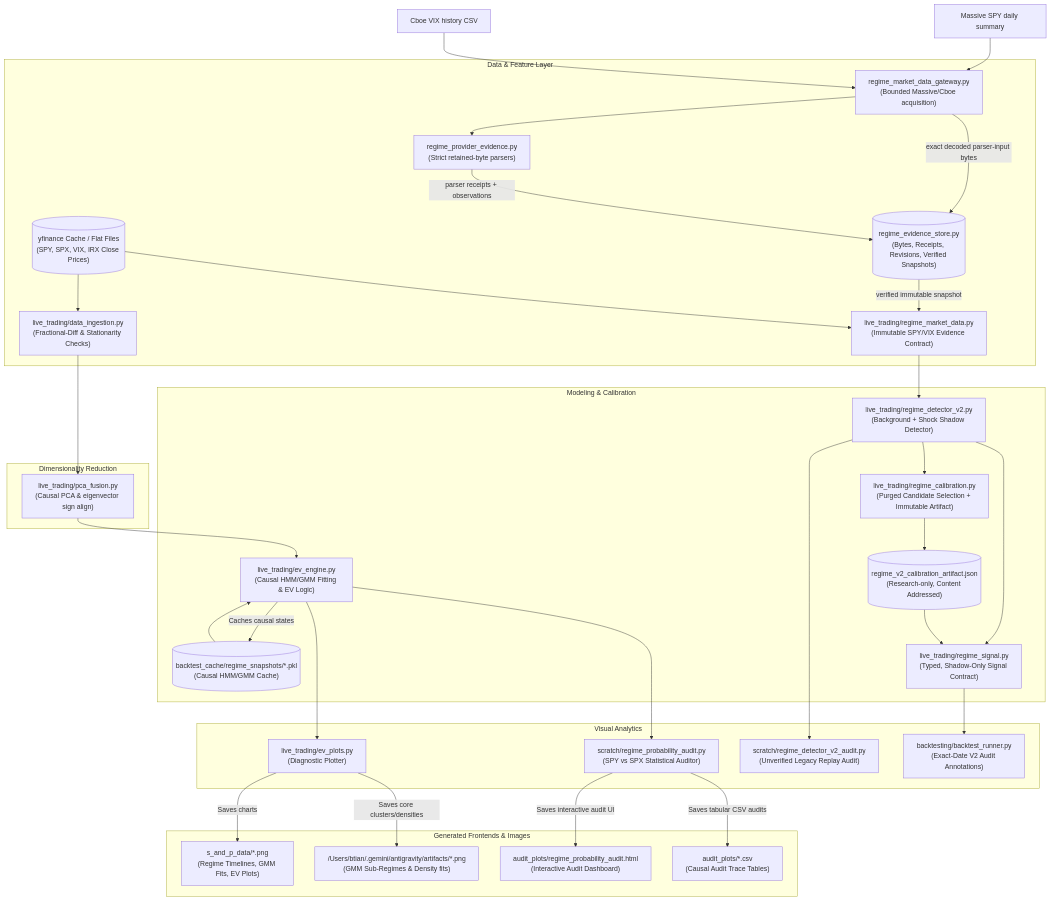
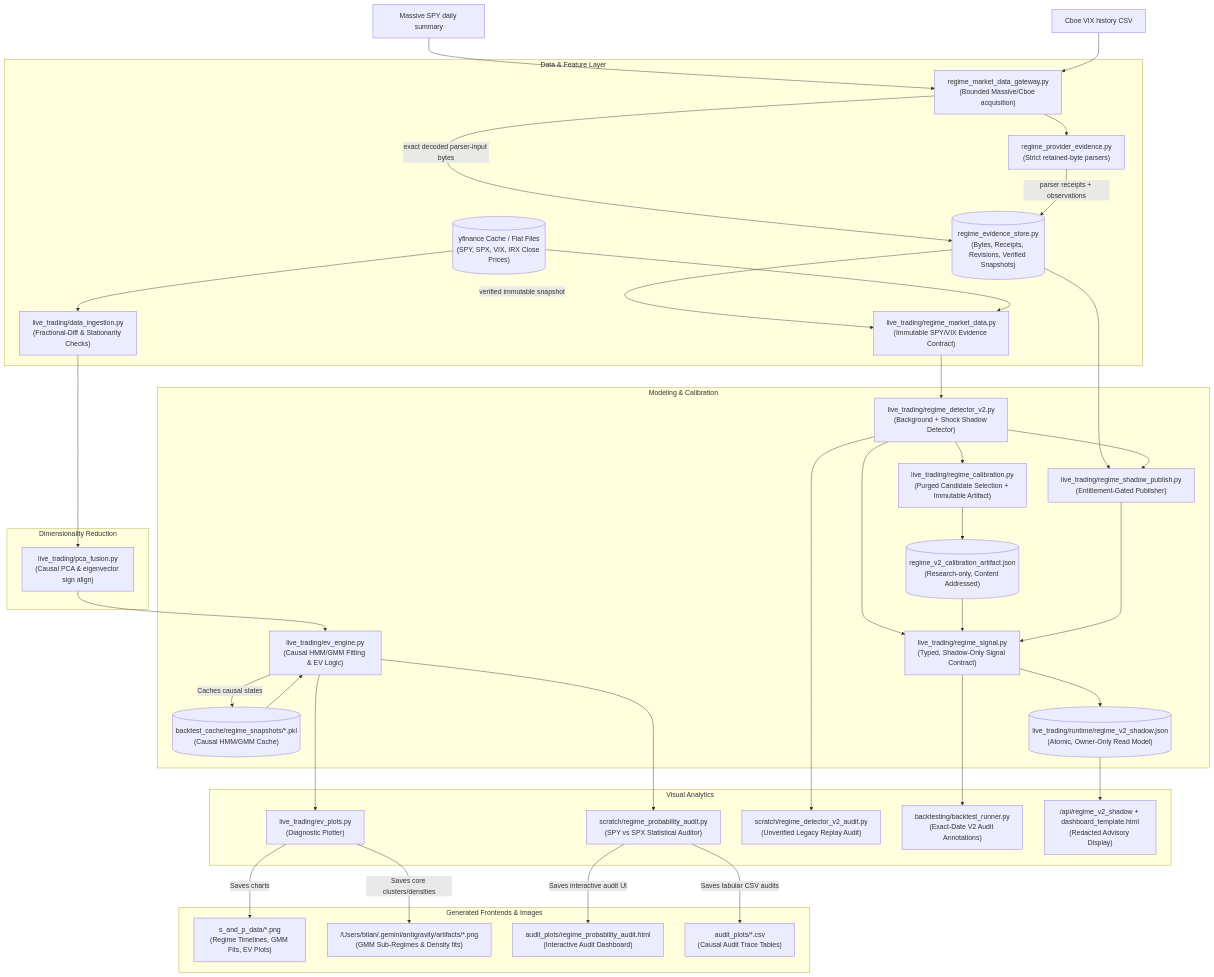
One commit to tbt316/etrade_quant_trading changed the second of 2 diagrams in etrade_python_client/docs/project_overview.md. Above: the diagram before and after it, drawn with Mermaid. The commit also changed other lines of this file and 12 other files, not shown here.

Commit message:
Publish isolated Regime V2 shadow dashboard

````diff
--- a/etrade_python_client/docs/project_overview.md
+++ b/etrade_python_client/docs/project_overview.md
@@ -57,64 +57,72 @@
 ```mermaid
 flowchart TD
     subgraph Data & Feature Layer
         DI["live_trading/data_ingestion.py<br/>(Fractional-Diff & Stationarity Checks)"]
         YF[("yfinance Cache / Flat Files<br/>(SPY, SPX, VIX, IRX Close Prices)")]
         MPG["regime_market_data_gateway.py<br/>(Bounded Massive/Cboe acquisition)"]
         RPE["regime_provider_evidence.py<br/>(Strict retained-byte parsers)"]
         RMD["live_trading/regime_market_data.py<br/>(Immutable SPY/VIX Evidence Contract)"]
         RES[("regime_evidence_store.py<br/>(Bytes, Receipts, Revisions, Verified Snapshots)")]
     end
 
     subgraph Dimensionality Reduction
         PF["live_trading/pca_fusion.py<br/>(Causal PCA & eigenvector sign align)"]
     end
 
     subgraph Modeling & Calibration
         EE["live_trading/ev_engine.py<br/>(Causal HMM/GMM Fitting & EV Logic)"]
         Snap[("backtest_cache/regime_snapshots/*.pkl<br/>(Causal HMM/GMM Cache)")]
         RD2["live_trading/regime_detector_v2.py<br/>(Background + Shock Shadow Detector)"]
         RCAL["live_trading/regime_calibration.py<br/>(Purged Candidate Selection + Immutable Artifact)"]
         RSIG["live_trading/regime_signal.py<br/>(Typed, Shadow-Only Signal Contract)"]
+        RSP["live_trading/regime_shadow_publish.py<br/>(Entitlement-Gated Publisher)"]
+        RSS[("live_trading/runtime/regime_v2_shadow.json<br/>(Atomic, Owner-Only Read Model)")]
         RART[("regime_v2_calibration_artifact.json<br/>(Research-only, Content Addressed)")]
     end
 
     subgraph Visual Analytics
         EP["live_trading/ev_plots.py<br/>(Diagnostic Plotter)"]
         RPA["scratch/regime_probability_audit.py<br/>(SPY vs SPX Statistical Auditor)"]
         RVA["scratch/regime_detector_v2_audit.py<br/>(Unverified Legacy Replay Audit)"]
         BANN["backtesting/backtest_runner.py<br/>(Exact-Date V2 Audit Annotations)"]
+        VDASH["/api/regime_v2_shadow + dashboard_template.html<br/>(Redacted Advisory Display)"]
     end
 
     subgraph Generated Frontends & Images
         PNGS["s_and_p_data/*.png<br/>(Regime Timelines, GMM Fits, EV Plots)"]
         ARTS["/Users/btian/.gemini/antigravity/artifacts/*.png<br/>(GMM Sub-Regimes & Density fits)"]
         AUD["audit_plots/regime_probability_audit.html<br/>(Interactive Audit Dashboard)"]
         CSVS["audit_plots/*.csv<br/>(Causal Audit Trace Tables)"]
     end
 
     Massive["Massive SPY daily summary"] --> MPG
     Cboe["Cboe VIX history CSV"] --> MPG
     MPG -->|"exact decoded parser-input bytes"| RES
     MPG --> RPE
     RPE -->|"parser receipts + observations"| RES
     RES -->|"verified immutable snapshot"| RMD
     YF --> DI
     YF --> RMD
     RMD --> RD2
     RD2 --> RCAL
     RCAL --> RART
     RD2 --> RSIG
     RART --> RSIG
     RSIG --> BANN
+    RES --> RSP
+    RD2 --> RSP
+    RSP --> RSIG
+    RSIG --> RSS
+    RSS --> VDASH
     RD2 --> RVA
     DI --> PF
     PF --> EE
     EE -->|Caches causal states| Snap
     Snap --> EE
     EE --> EP
     EE --> RPA
     EP -->|Saves charts| PNGS
     EP -->|Saves core clusters/densities| ARTS
     RPA -->|Saves interactive audit UI| AUD
     RPA -->|Saves tabular CSV audits| CSVS
 ```
````
